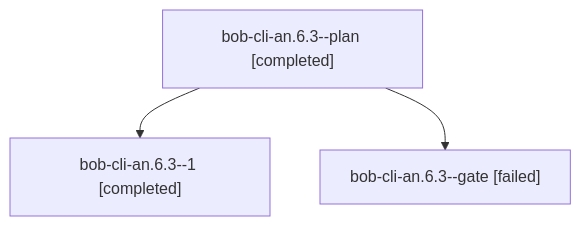
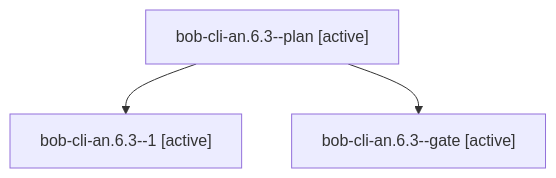
Before and after one commit to bobs-org/bob-cli--agents: the diagram in sessions/bbugyi200.athena.bob-cli-an.6.3.md, drawn with Mermaid. The commit also changed other lines of this file and 122 other files, not shown here.

````diff
--- a/sessions/bbugyi200.athena.bob-cli-an.6.3.md
+++ b/sessions/bbugyi200.athena.bob-cli-an.6.3.md
@@ -9,8 +9,8 @@
 ```mermaid
 flowchart TD
-  n0["bob-cli-an.6.3--plan [completed]"]
-  n1["bob-cli-an.6.3--1 [completed]"]
+  n0["bob-cli-an.6.3--plan [active]"]
+  n1["bob-cli-an.6.3--1 [active]"]
   n0 --> n1
-  n2["bob-cli-an.6.3--gate [failed]"]
+  n2["bob-cli-an.6.3--gate [active]"]
   n0 --> n2
 ```
````
